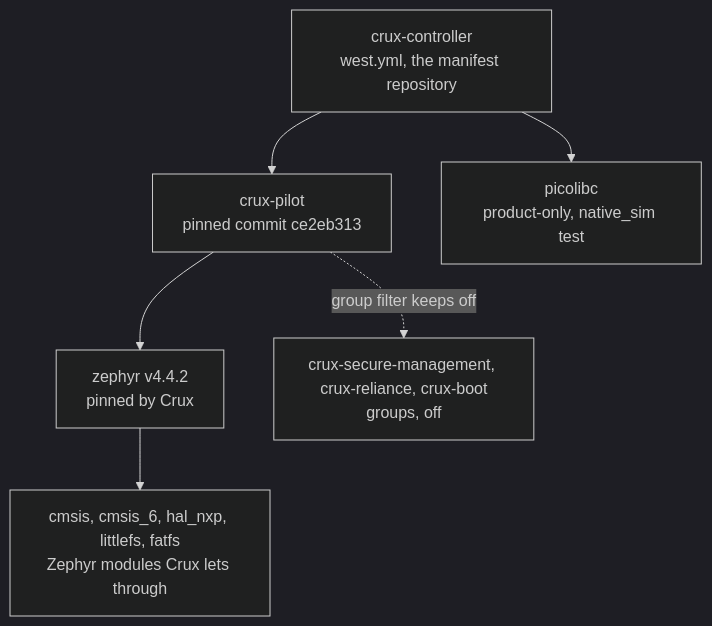
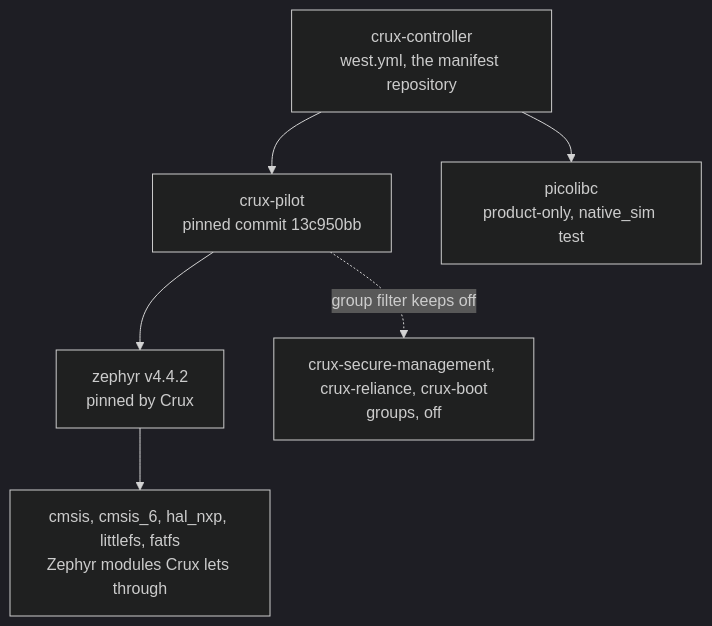
Before and after one commit to wonny-labs/crux-controller: the diagram in docs/dependencies.md, drawn with Mermaid (dark theme). The commit also changed other lines of this file and 16 other files, not shown here.

First line of the commit message:
build(west): pin crux-pilot to 13c950bb

````diff
--- a/docs/dependencies.md
+++ b/docs/dependencies.md
@@ -16,14 +16,14 @@
 ```mermaid
 flowchart TD
     CC["crux-controller<br/>west.yml, the manifest repository"]
-    CP["crux-pilot<br/>pinned commit ce2eb313"]
+    CP["crux-pilot<br/>pinned commit 13c950bb"]
     ZP["zephyr v4.4.2<br/>pinned by Crux"]
     MOD["cmsis, cmsis_6, hal_nxp, littlefs, fatfs<br/>Zephyr modules Crux lets through"]
     PL["picolibc<br/>product-only, native_sim test"]
     OFF["crux-secure-management, crux-reliance, crux-boot<br/>groups, off"]
     CC --> CP
     CC --> PL
     CP --> ZP
     ZP --> MOD
     CP -. "group filter keeps off" .-> OFF
 ```
````
